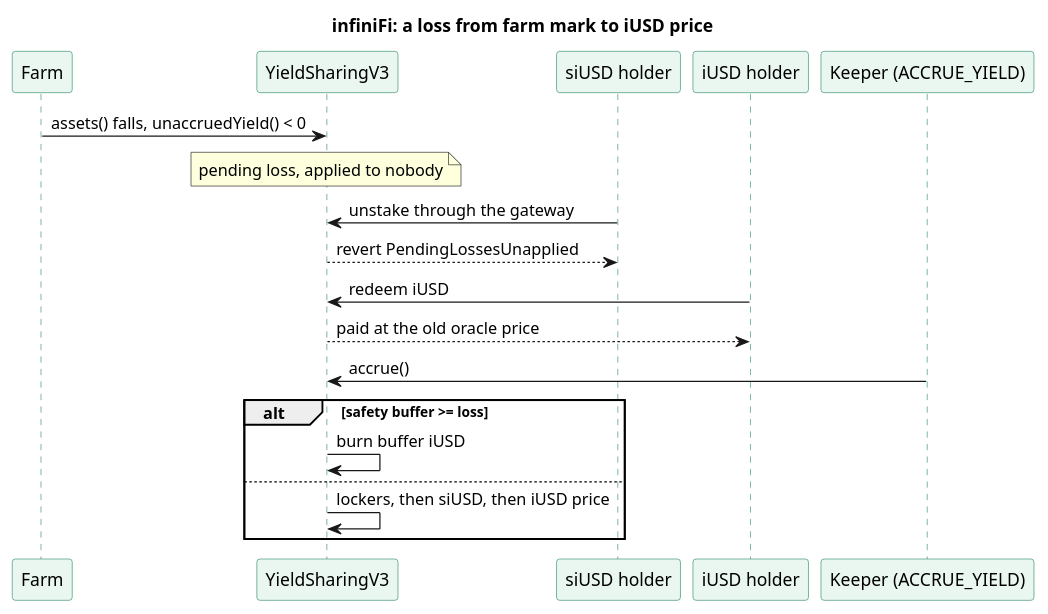
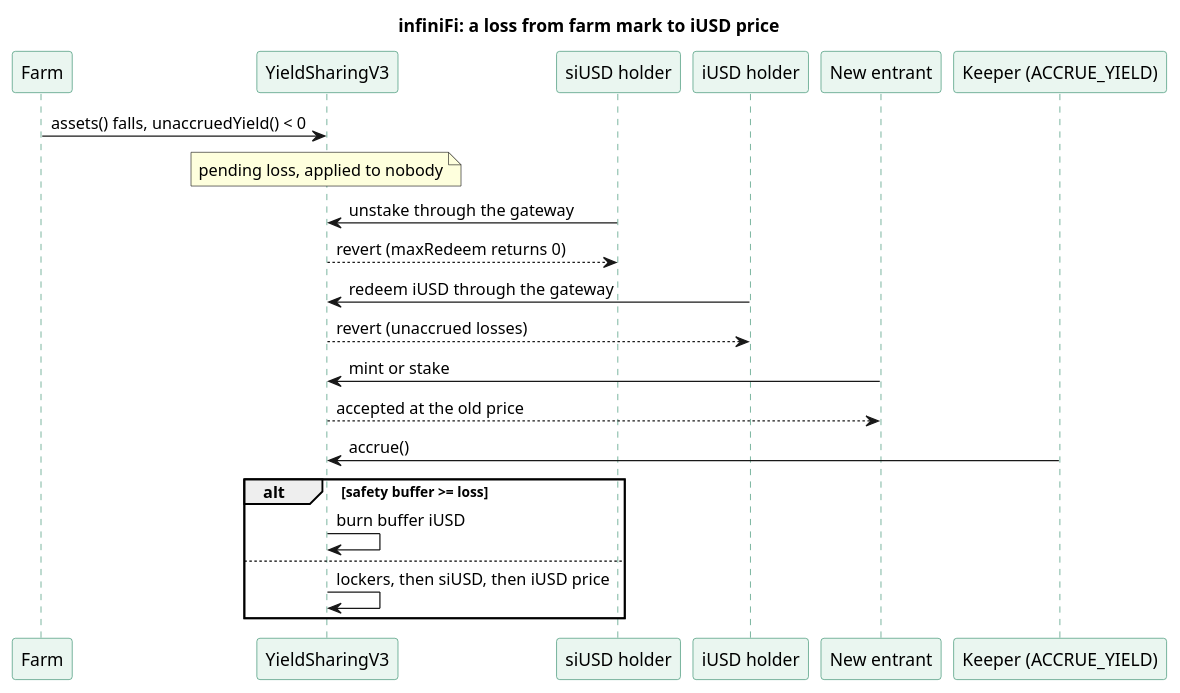
The diagram in assets/article/blockchain/defi/tranched-stablecoins/infinifi-pending-loss-workflow.puml (rya-sge/access-denied), drawn with PlantUML before and after one commit. The commit also changed 57 other files, not shown here.

```diff
--- a/assets/article/blockchain/defi/tranched-stablecoins/infinifi-pending-loss-workflow.puml
+++ b/assets/article/blockchain/defi/tranched-stablecoins/infinifi-pending-loss-workflow.puml
@@ -1,26 +1,29 @@
 @startuml
 title infiniFi: a loss from farm mark to iUSD price
 skinparam shadowing false
 skinparam sequence {
   ParticipantBackgroundColor #EAF6F0
   ParticipantBorderColor #2E8B67
   LifeLineBorderColor #2E8B67
 }
 participant "Farm" as F
 participant "YieldSharingV3" as YS
 participant "siUSD holder" as S
 participant "iUSD holder" as I
+participant "New entrant" as N
 participant "Keeper (ACCRUE_YIELD)" as K
 F -> YS : assets() falls, unaccruedYield() < 0
 note over YS : pending loss, applied to nobody
 S -> YS : unstake through the gateway
-YS --> S : revert PendingLossesUnapplied
-I -> YS : redeem iUSD
-YS --> I : paid at the old oracle price
+YS --> S : revert (maxRedeem returns 0)
+I -> YS : redeem iUSD through the gateway
+YS --> I : revert (unaccrued losses)
+N -> YS : mint or stake
+YS --> N : accepted at the old price
 K -> YS : accrue()
 alt safety buffer >= loss
   YS -> YS : burn buffer iUSD
 else
   YS -> YS : lockers, then siUSD, then iUSD price
 end
 @enduml
```
